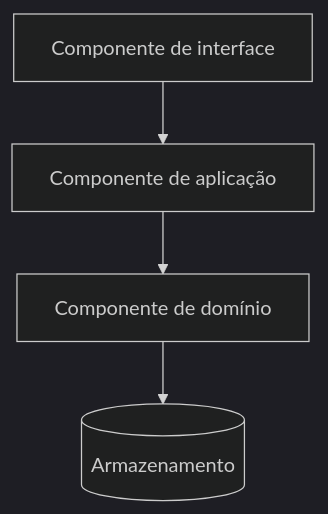
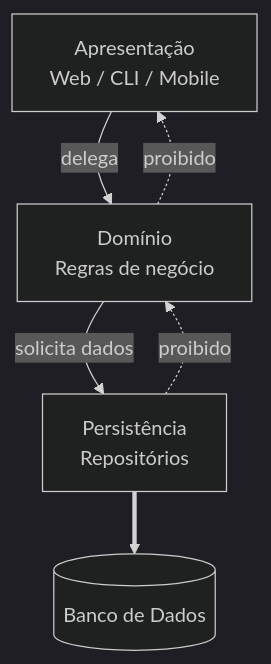
Before and after one commit to omeIets/guia-arquitetura-de-software: the diagram in content/02-arquitetura-em-camadas/slides.qmd, drawn with Mermaid (dark theme). The commit also changed other lines of this file, not shown here.

Commit message:
docs: update content and layout for layered architecture slides

````diff
--- a/content/02-arquitetura-em-camadas/slides.qmd
+++ b/content/02-arquitetura-em-camadas/slides.qmd
@@ -75,6 +82,8 @@
 ```{mermaid}
 flowchart TD
-    A[Componente de interface] --> B[Componente de aplicação]
-    B --> C[Componente de domínio]
-    C --> D[(Armazenamento)]
+    A[Apresentação<br/>Web / CLI / Mobile] -->|delega| B[Domínio<br/>Regras de negócio]
+    B -->|solicita dados| C[Persistência<br/>Repositórios]
+    C ==> D[(Banco de Dados)]
+    C -.->|proibido| B
+    B -.->|proibido| A
 ```
````
